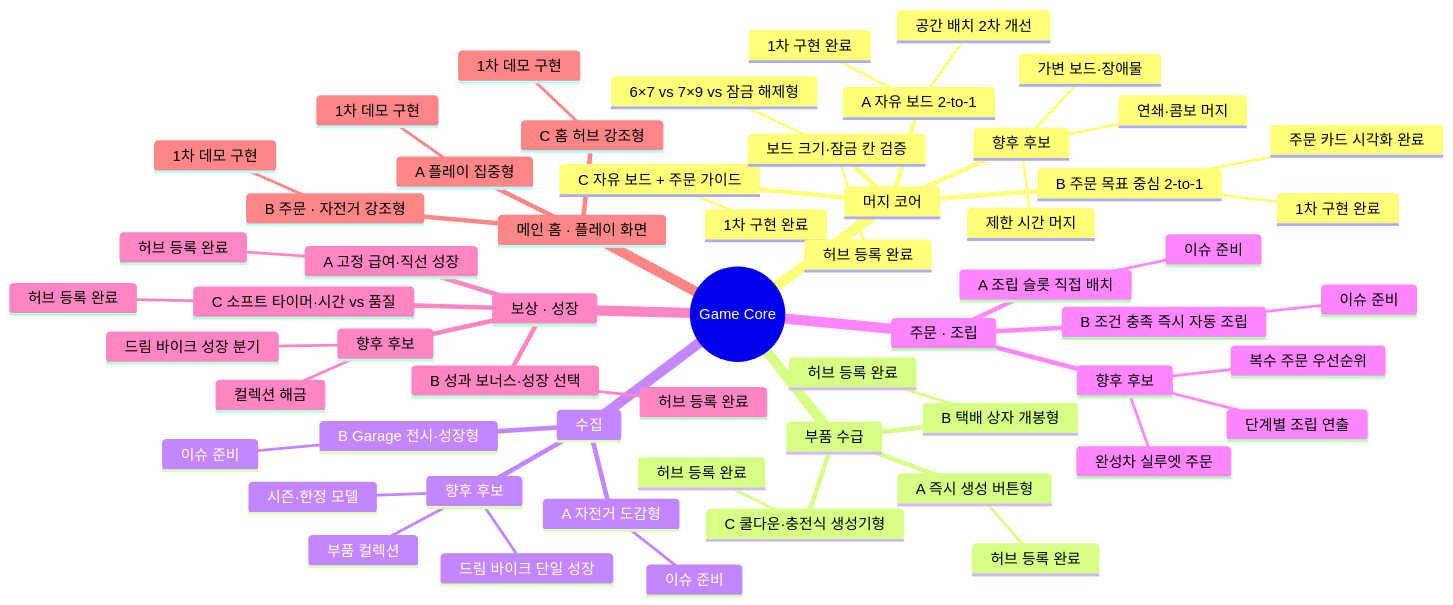
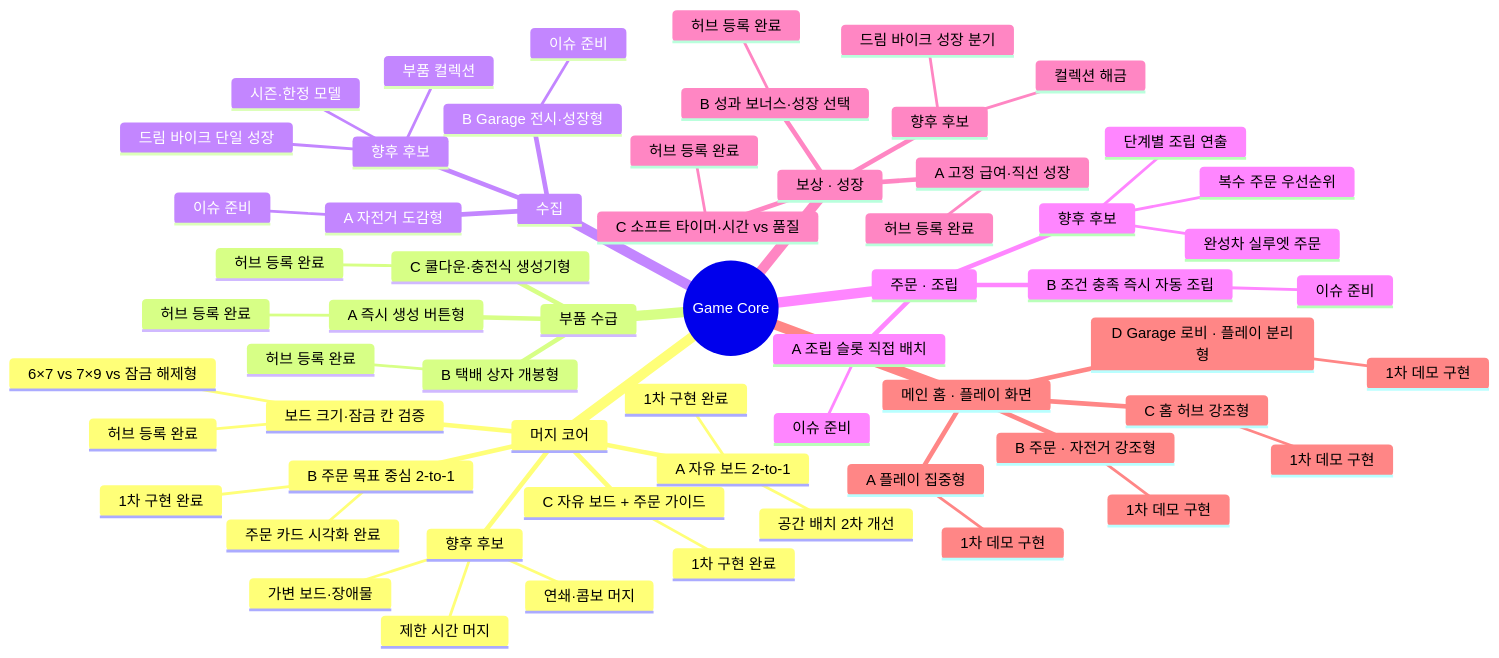
Before and after one commit to aigemro/dream-bike-garage-lab: the second of 4 diagrams in docs/LAB_PROTOTYPE_MAP.md, drawn with Mermaid. The commit also changed other lines of this file and 5 other files, not shown here.

Commit message:
Garage 로비 플레이 분리형 메인 홈 추가

````diff
--- a/docs/LAB_PROTOTYPE_MAP.md
+++ b/docs/LAB_PROTOTYPE_MAP.md
@@ -40,62 +40,64 @@
 ```mermaid
 mindmap
   root((Game Core))
     머지 코어
       A 자유 보드 2-to-1
         1차 구현 완료
         공간 배치 2차 개선
       B 주문 목표 중심 2-to-1
         1차 구현 완료
         주문 카드 시각화 완료
       C 자유 보드 + 주문 가이드
         1차 구현 완료
       보드 크기·잠금 칸 검증
         6×7 vs 7×9 vs 잠금 해제형
         허브 등록 완료
       향후 후보
         연쇄·콤보 머지
         제한 시간 머지
         가변 보드·장애물
     부품 수급
       A 즉시 생성 버튼형
         허브 등록 완료
       B 택배 상자 개봉형
         허브 등록 완료
       C 쿨다운·충전식 생성기형
         허브 등록 완료
     수집
       A 자전거 도감형
         이슈 준비
       B Garage 전시·성장형
         이슈 준비
       향후 후보
         드림 바이크 단일 성장
         부품 컬렉션
         시즌·한정 모델
     주문 · 조립
       A 조립 슬롯 직접 배치
         이슈 준비
       B 조건 충족 즉시 자동 조립
         이슈 준비
       향후 후보
         단계별 조립 연출
         완성차 실루엣 주문
         복수 주문 우선순위
     보상 · 성장
       A 고정 급여·직선 성장
         허브 등록 완료
       B 성과 보너스·성장 선택
         허브 등록 완료
       C 소프트 타이머·시간 vs 품질
         허브 등록 완료
       향후 후보
         컬렉션 해금
         드림 바이크 성장 분기
     메인 홈 · 플레이 화면
       A 플레이 집중형
         1차 데모 구현
       B 주문 · 자전거 강조형
         1차 데모 구현
       C 홈 허브 강조형
         1차 데모 구현
+      D Garage 로비 · 플레이 분리형
+        1차 데모 구현
 ```
````
